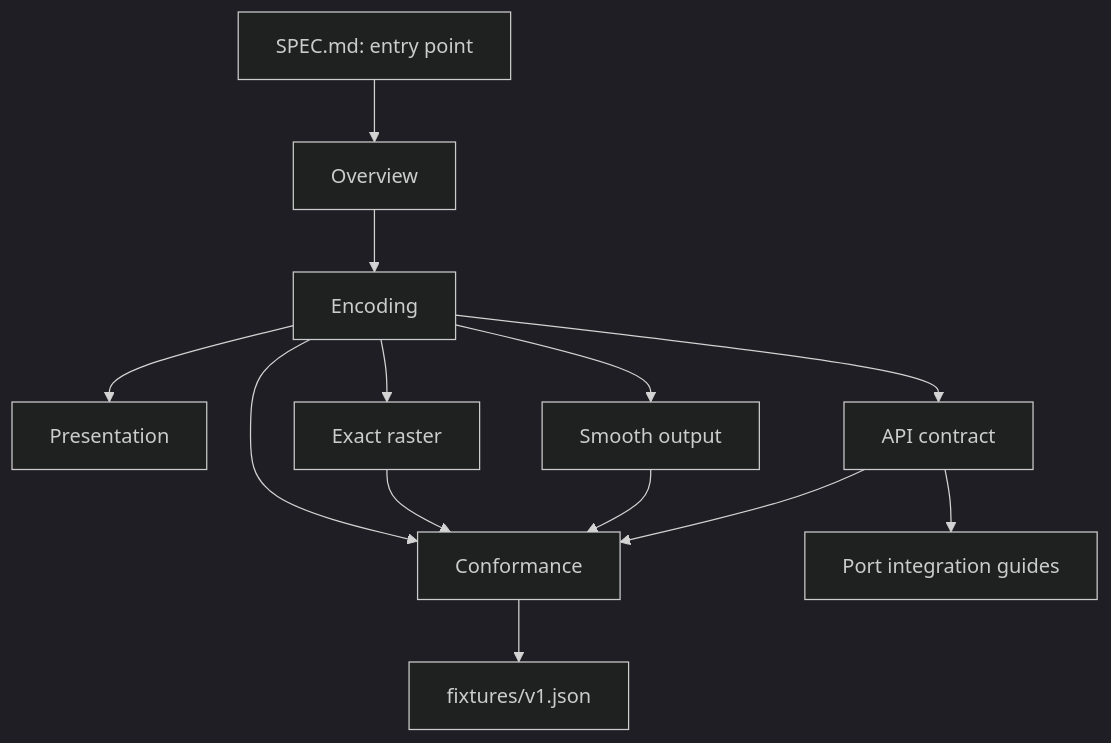
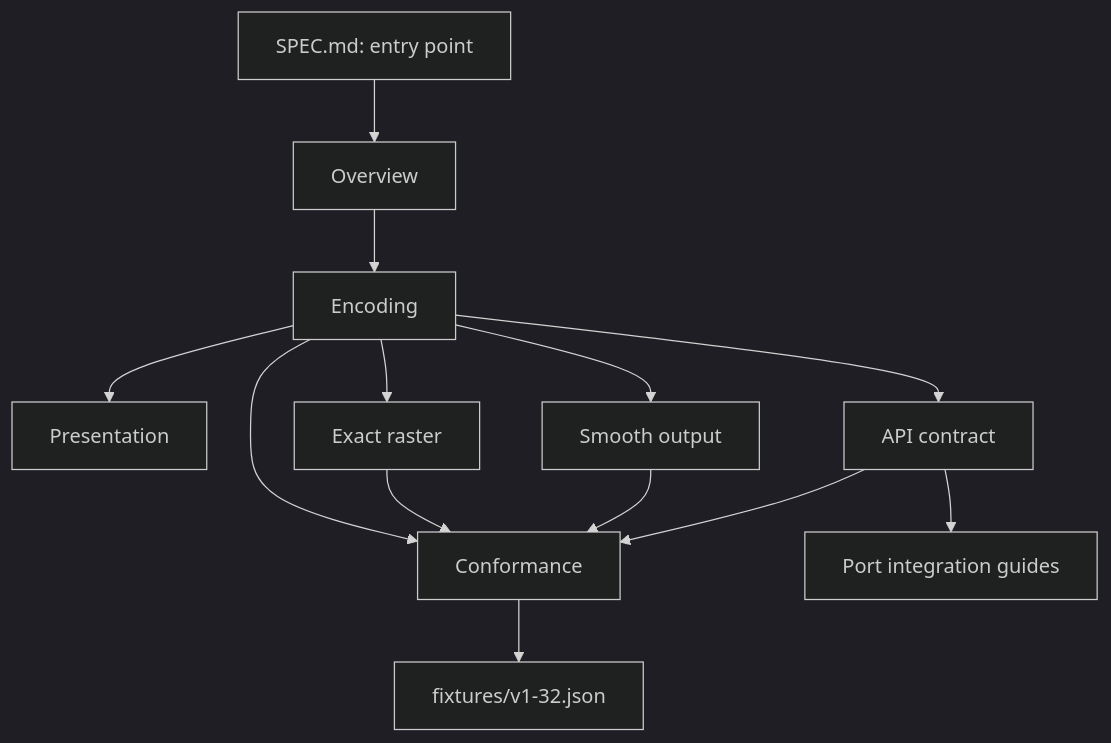
One commit to maggo83/bit32vis changed the diagram in SPEC.md. Above: the diagram before and after it, drawn with Mermaid (dark theme). The commit also changed other lines of this file and 38 other files, not shown here.

````diff
--- a/SPEC.md
+++ b/SPEC.md
@@ -47,15 +47,15 @@
 ```mermaid
 graph TD
   I[SPEC.md: entry point] --> O[Overview]
   O --> E[Encoding]
   E --> P[Presentation]
   E --> R[Exact raster]
   E --> S[Smooth output]
   E --> A[API contract]
   E --> C[Conformance]
   R --> C
   S --> C
   A --> C
   A --> G[Port integration guides]
-  C --> F[fixtures/v1.json]
+  C --> F[fixtures/v1-32.json]
 ```
````
